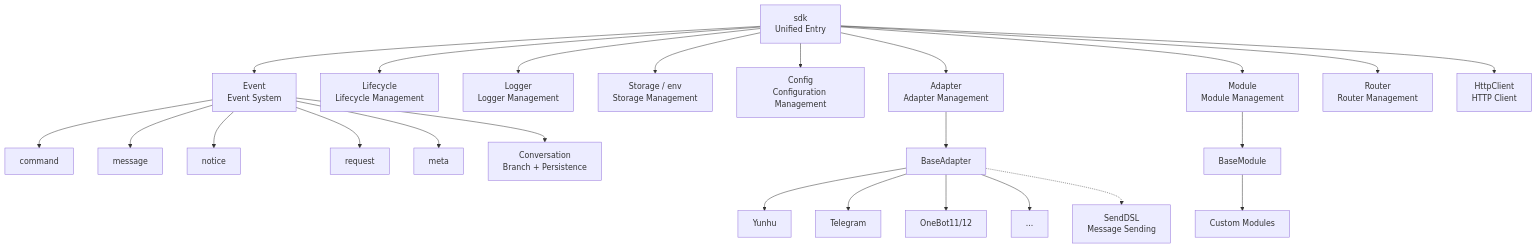
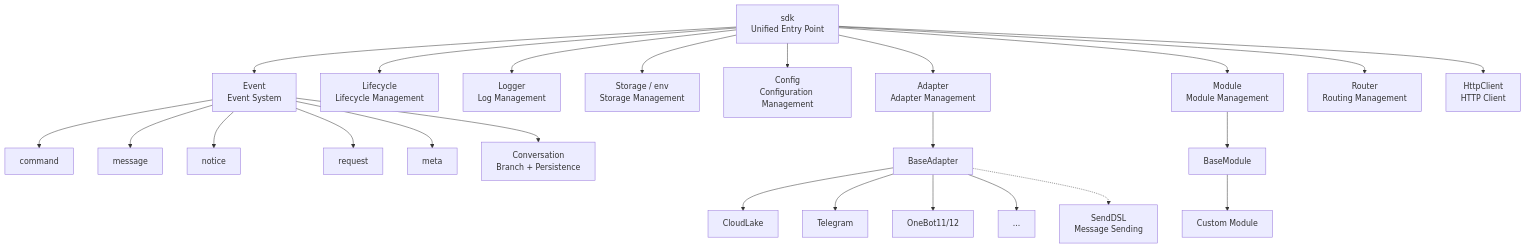
The first of 7 diagrams in docs/en/ai-support/prompts/ErisPulse-ModuleDev.md (ErisPulse/ErisPulse), drawn with Mermaid before and after one commit. The commit also changed other lines of this file and 251 other files, not shown here.

````diff
--- a/docs/en/ai-support/prompts/ErisPulse-ModuleDev.md
+++ b/docs/en/ai-support/prompts/ErisPulse-ModuleDev.md
@@ -50,31 +54,31 @@
 ```mermaid
 graph TB
-    SDK["sdk<br/>Unified Entry"]
+    SDK["sdk<br/>Unified Entry Point"]
 
     SDK --> Event["Event<br/>Event System"]
     SDK --> Lifecycle["Lifecycle<br/>Lifecycle Management"]
-    SDK --> Logger["Logger<br/>Logger Management"]
+    SDK --> Logger["Logger<br/>Log Management"]
     SDK --> Storage["Storage / env<br/>Storage Management"]
     SDK --> Config["Config<br/>Configuration Management"]
     SDK --> AdapterMgr["Adapter<br/>Adapter Management"]
     SDK --> ModuleMgr["Module<br/>Module Management"]
-    SDK --> Router["Router<br/>Router Management"]
+    SDK --> Router["Router<br/>Routing Management"]
     SDK --> Client["HttpClient<br/>HTTP Client"]
     Event --> Command["command"]
     Event --> Message["message"]
     Event --> Notice["notice"]
     Event --> Request["request"]
     Event --> Meta["meta"]
     Event --> Conversation["Conversation<br/>Branch + Persistence"]
 
     AdapterMgr --> BaseAdapter["BaseAdapter"]
-    BaseAdapter --> P1["Yunhu"]
+    BaseAdapter --> P1["CloudLake"]
     BaseAdapter --> P2["Telegram"]
     BaseAdapter --> P3["OneBot11/12"]
     BaseAdapter --> PN["..."]
 
     ModuleMgr --> BaseModule["BaseModule"]
-    BaseModule --> CM["Custom Modules"]
+    BaseModule --> CM["Custom Module"]
 
     BaseAdapter -.-> SendDSL["SendDSL<br/>Message Sending"]
 ```
````
